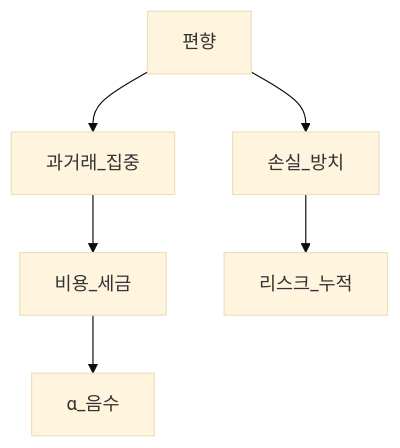
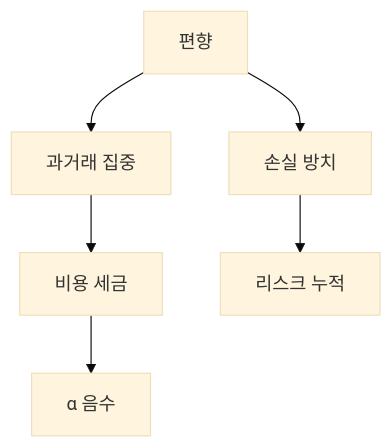
Before and after one commit to goldanghenry/Finances: the first of 13 diagrams in 05-behavioral/behavioral-finance-complete.md, drawn with Mermaid (base theme). The commit also changed other lines of this file and 211 other files, not shown here.

````diff
--- a/05-behavioral/behavioral-finance-complete.md
+++ b/05-behavioral/behavioral-finance-complete.md
@@ -124,8 +127,8 @@
 ```mermaid
 flowchart TD
-  Bias[편향] --> Trade[과거래_집중]
-  Trade --> Cost[비용_세금]
-  Cost --> Alpha[α_음수]
-  Bias --> Hold[손실_방치]
-  Hold --> Risk[리스크_누적]
+  Bias[편향] --> Trade["과거래 집중"]
+  Trade --> Cost["비용 세금"]
+  Cost --> Alpha["α 음수"]
+  Bias --> Hold["손실 방치"]
+  Hold --> Risk["리스크 누적"]
 ```
````
